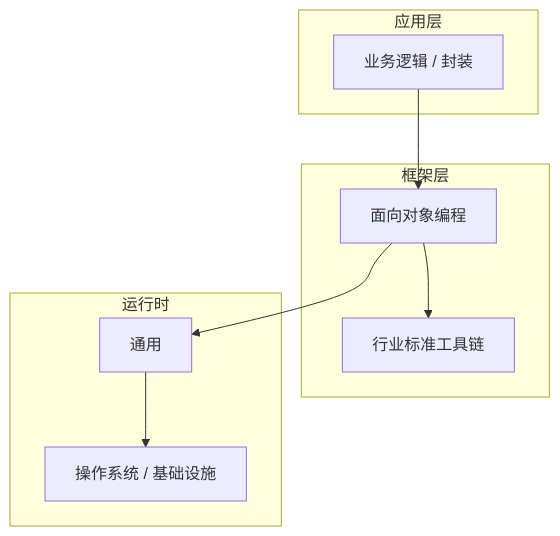
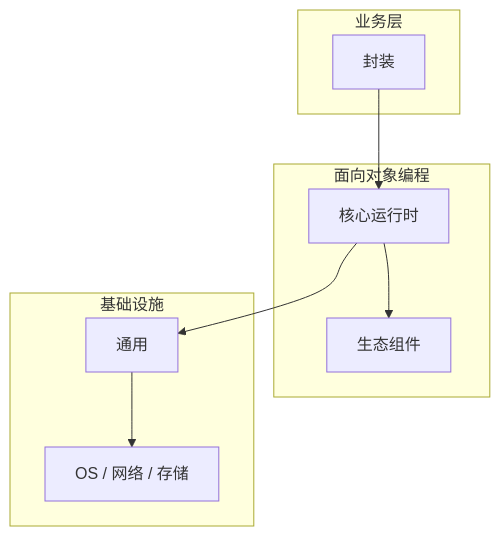
The diagram in articles/面向对象编程/chapters/013-封装核心概念与原理.md (yanggan2015/knowledge-json-v2), drawn with Mermaid before and after one commit. The commit also changed other lines of this file and 10127 other files, not shown here.

````diff
--- a/articles/面向对象编程/chapters/013-封装核心概念与原理.md
+++ b/articles/面向对象编程/chapters/013-封装核心概念与原理.md
@@ -45,18 +34,18 @@
 ```mermaid
 graph TB
-    subgraph 应用层
-        A[业务逻辑 / 封装]
+    subgraph 业务层
+        A[封装]
     end
-    subgraph 框架层
-        B[面向对象编程]
-        C[行业标准工具链]
+    subgraph 面向对象编程
+        B[核心运行时]
+        C[生态组件]
     end
-    subgraph 运行时
+    subgraph 基础设施
         D[通用]
-        E[操作系统 / 基础设施]
+        E[OS / 网络 / 存储]
     end
     A --> B
     B --> C
     B --> D
     D --> E
 ```
````
